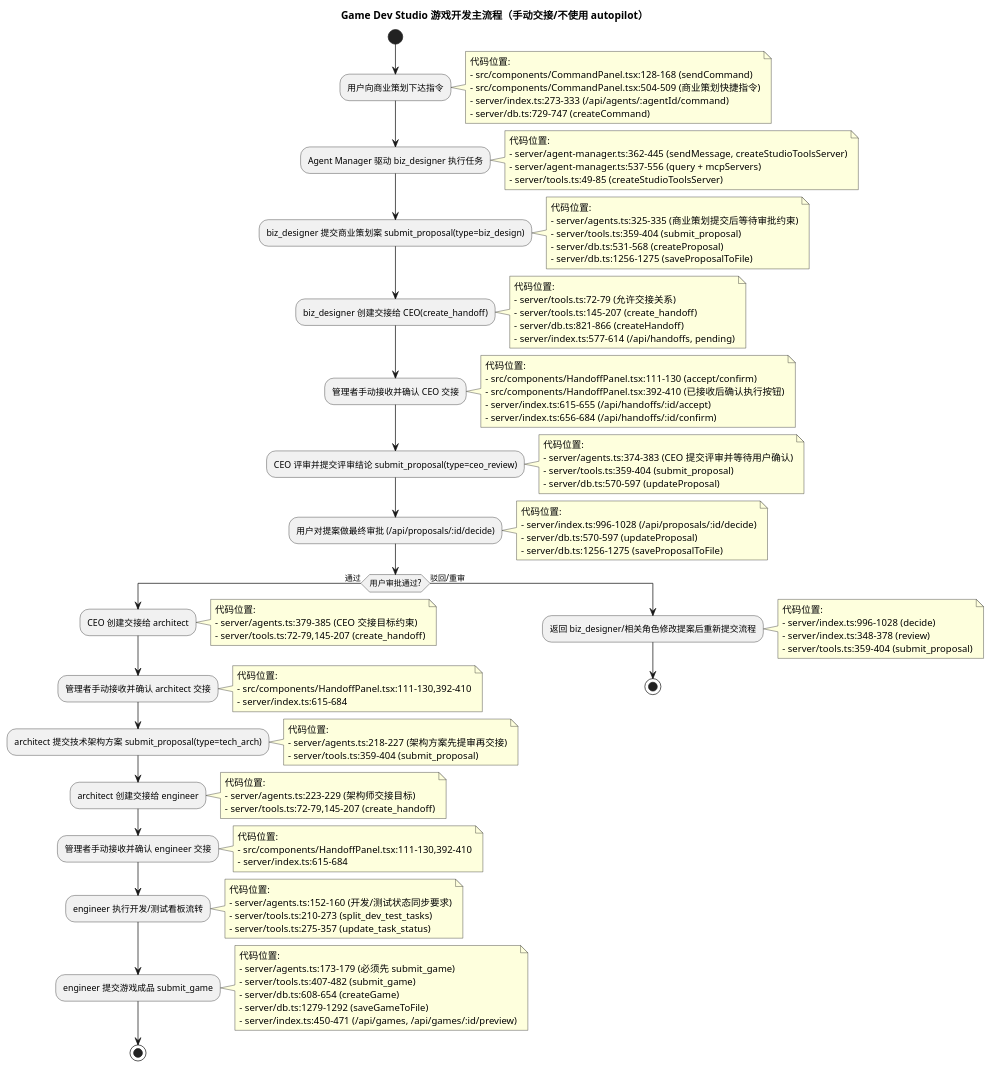
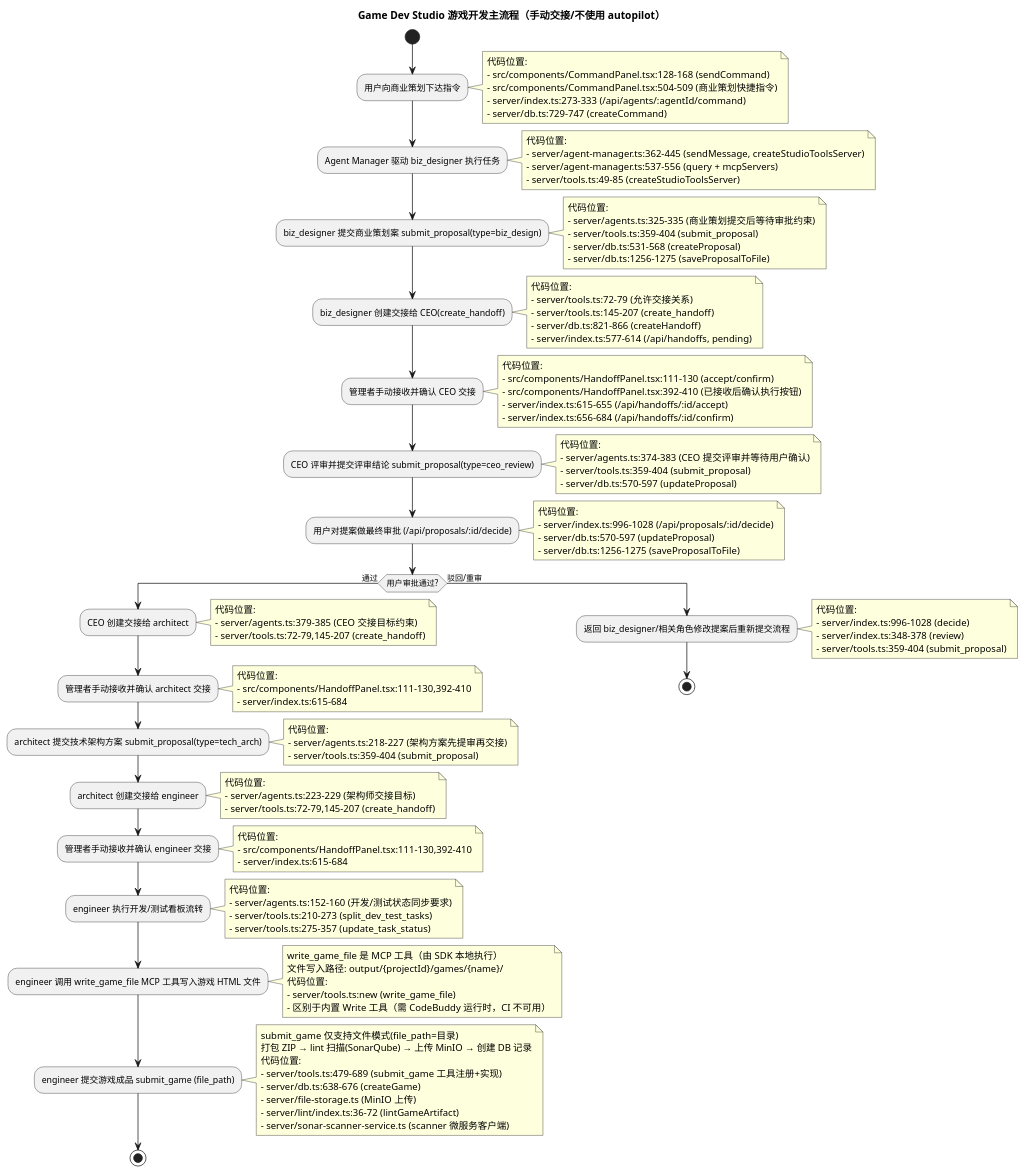
Before and after one commit to luoxiaojun1992/game-studio: the diagram in .agent/diagrams/game-dev-main-flow-manual-handoff.puml, drawn with PlantUML. The commit also changed 24 other files, not shown here.

First line of the commit message:
Feat/game submission lint refactor (#98)

```diff
--- a/.agent/diagrams/game-dev-main-flow-manual-handoff.puml
+++ b/.agent/diagrams/game-dev-main-flow-manual-handoff.puml
@@ -1,132 +1,143 @@
 @startuml
 title Game Dev Studio 游戏开发主流程（手动交接/不使用 autopilot）
 
 start
 
 :用户向商业策划下达指令;
 note right
   代码位置:
   - src/components/CommandPanel.tsx:128-168 (sendCommand)
   - src/components/CommandPanel.tsx:504-509 (商业策划快捷指令)
   - server/index.ts:273-333 (/api/agents/:agentId/command)
   - server/db.ts:729-747 (createCommand)
 end note
 
 :Agent Manager 驱动 biz_designer 执行任务;
 note right
   代码位置:
   - server/agent-manager.ts:362-445 (sendMessage, createStudioToolsServer)
   - server/agent-manager.ts:537-556 (query + mcpServers)
   - server/tools.ts:49-85 (createStudioToolsServer)
 end note
 
 :biz_designer 提交商业策划案 submit_proposal(type=biz_design);
 note right
   代码位置:
   - server/agents.ts:325-335 (商业策划提交后等待审批约束)
   - server/tools.ts:359-404 (submit_proposal)
   - server/db.ts:531-568 (createProposal)
   - server/db.ts:1256-1275 (saveProposalToFile)
 end note
 
 :biz_designer 创建交接给 CEO(create_handoff);
 note right
   代码位置:
   - server/tools.ts:72-79 (允许交接关系)
   - server/tools.ts:145-207 (create_handoff)
   - server/db.ts:821-866 (createHandoff)
   - server/index.ts:577-614 (/api/handoffs, pending)
 end note
 
 :管理者手动接收并确认 CEO 交接;
 note right
   代码位置:
   - src/components/HandoffPanel.tsx:111-130 (accept/confirm)
   - src/components/HandoffPanel.tsx:392-410 (已接收后确认执行按钮)
   - server/index.ts:615-655 (/api/handoffs/:id/accept)
   - server/index.ts:656-684 (/api/handoffs/:id/confirm)
 end note
 
 :CEO 评审并提交评审结论 submit_proposal(type=ceo_review);
 note right
   代码位置:
   - server/agents.ts:374-383 (CEO 提交评审并等待用户确认)
   - server/tools.ts:359-404 (submit_proposal)
   - server/db.ts:570-597 (updateProposal)
 end note
 
 :用户对提案做最终审批 (/api/proposals/:id/decide);
 note right
   代码位置:
   - server/index.ts:996-1028 (/api/proposals/:id/decide)
   - server/db.ts:570-597 (updateProposal)
   - server/db.ts:1256-1275 (saveProposalToFile)
 end note
 
 if (用户审批通过?) then (通过)
   :CEO 创建交接给 architect;
   note right
     代码位置:
     - server/agents.ts:379-385 (CEO 交接目标约束)
     - server/tools.ts:72-79,145-207 (create_handoff)
   end note
 
   :管理者手动接收并确认 architect 交接;
   note right
     代码位置:
     - src/components/HandoffPanel.tsx:111-130,392-410
     - server/index.ts:615-684
   end note
 
   :architect 提交技术架构方案 submit_proposal(type=tech_arch);
   note right
     代码位置:
     - server/agents.ts:218-227 (架构方案先提审再交接)
     - server/tools.ts:359-404 (submit_proposal)
   end note
 
   :architect 创建交接给 engineer;
   note right
     代码位置:
     - server/agents.ts:223-229 (架构师交接目标)
     - server/tools.ts:72-79,145-207 (create_handoff)
   end note
 
   :管理者手动接收并确认 engineer 交接;
   note right
     代码位置:
     - src/components/HandoffPanel.tsx:111-130,392-410
     - server/index.ts:615-684
   end note
 
   :engineer 执行开发/测试看板流转;
   note right
     代码位置:
     - server/agents.ts:152-160 (开发/测试状态同步要求)
     - server/tools.ts:210-273 (split_dev_test_tasks)
     - server/tools.ts:275-357 (update_task_status)
   end note
 
-  :engineer 提交游戏成品 submit_game;
+  :engineer 调用 write_game_file MCP 工具写入游戏 HTML 文件;
   note right
+    write_game_file 是 MCP 工具（由 SDK 本地执行）
+    文件写入路径: output/{projectId}/games/{name}/
     代码位置:
-    - server/agents.ts:173-179 (必须先 submit_game)
-    - server/tools.ts:407-482 (submit_game)
-    - server/db.ts:608-654 (createGame)
-    - server/db.ts:1279-1292 (saveGameToFile)
-    - server/index.ts:450-471 (/api/games, /api/games/:id/preview)
+    - server/tools.ts:new (write_game_file)
+    - 区别于内置 Write 工具（需 CodeBuddy 运行时，CI 不可用）
+  end note
+
+  :engineer 提交游戏成品 submit_game (file_path);
+  note right
+    submit_game 仅支持文件模式(file_path=目录)
+    打包 ZIP → lint 扫描(SonarQube) → 上传 MinIO → 创建 DB 记录
+    代码位置:
+    - server/tools.ts:479-689 (submit_game 工具注册+实现)
+    - server/db.ts:638-676 (createGame)
+    - server/file-storage.ts (MinIO 上传)
+    - server/lint/index.ts:36-72 (lintGameArtifact)
+    - server/sonar-scanner-service.ts (scanner 微服务客户端)
   end note
 
   stop
 else (驳回/重审)
   :返回 biz_designer/相关角色修改提案后重新提交流程;
   note right
     代码位置:
     - server/index.ts:996-1028 (decide)
     - server/index.ts:348-378 (review)
     - server/tools.ts:359-404 (submit_proposal)
   end note
   stop
 endif
 
 @enduml
```
